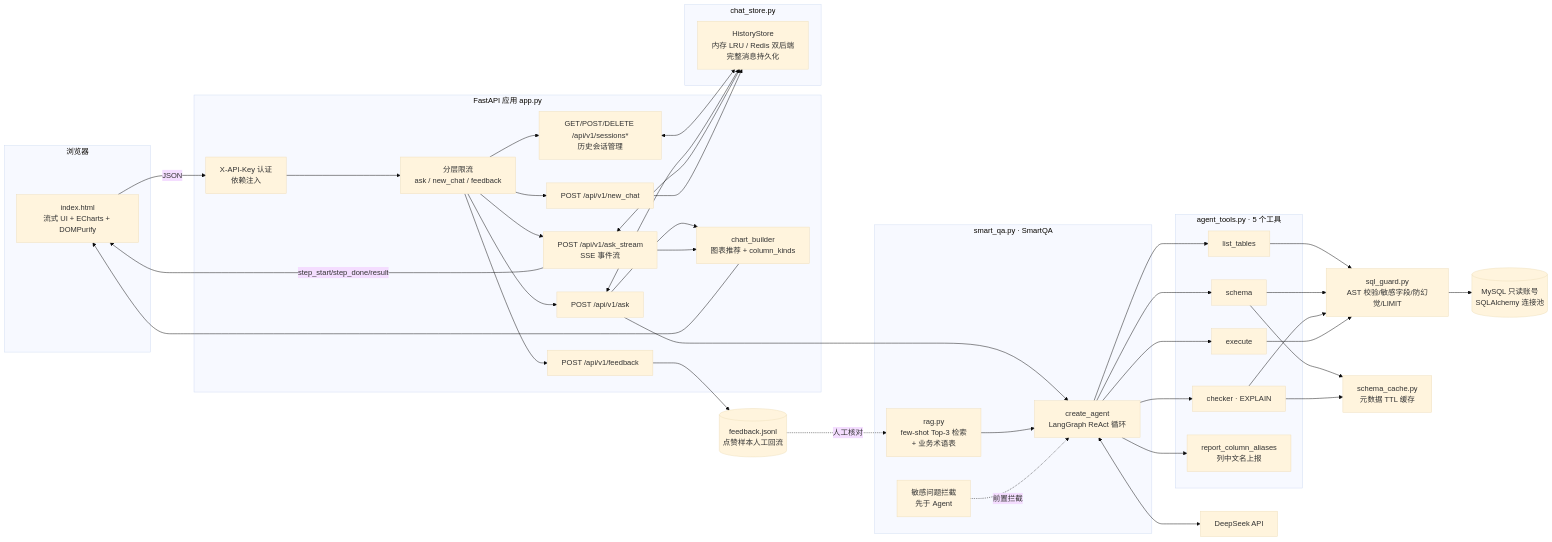
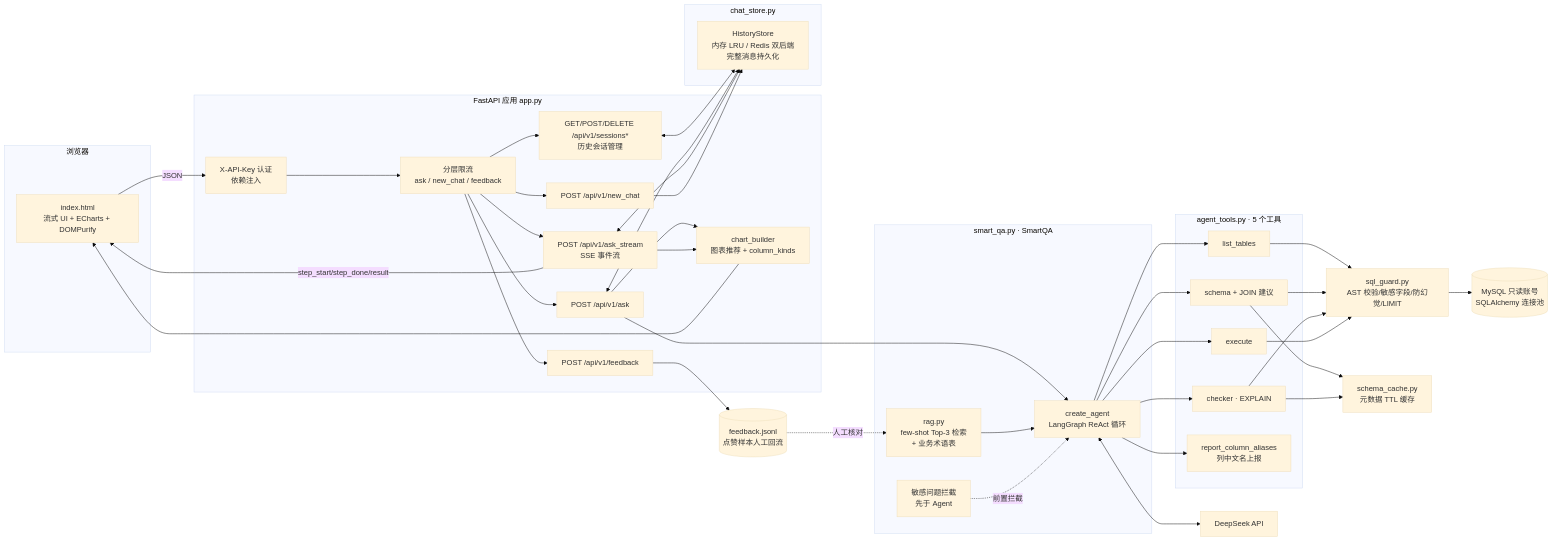
The first of 2 diagrams in README.md (ChongLi-xupt/smart_qa), drawn with Mermaid (base theme) before and after one commit. The commit also changed other lines of this file and 12 other files, not shown here.

````diff
--- a/README.md
+++ b/README.md
@@ -34,53 +35,53 @@
 ```mermaid
 flowchart LR
     subgraph 浏览器
         UI[index.html<br/>流式 UI + ECharts + DOMPurify]
     end
     subgraph FastAPI应用[FastAPI 应用 app.py]
         AUTH[X-API-Key 认证<br/>依赖注入]
         RATE[分层限流<br/>ask / new_chat / feedback]
         API1[POST /api/v1/ask]
         API2[POST /api/v1/ask_stream<br/>SSE 事件流]
         API3[POST /api/v1/new_chat]
         API4[POST /api/v1/feedback]
         API5[GET/POST/DELETE /api/v1/sessions*<br/>历史会话管理]
         CHART[chart_builder<br/>图表推荐 + column_kinds]
     end
     subgraph 会话存储[chat_store.py]
         HIS[HistoryStore<br/>内存 LRU / Redis 双后端<br/>完整消息持久化]
     end
     FB[(feedback.jsonl<br/>点赞样本人工回流)]
     subgraph Agent[smart_qa.py · SmartQA]
         SENS[敏感问题拦截<br/>先于 Agent]
         RAG_[rag.py<br/>few-shot Top-3 检索<br/>+ 业务术语表]
         AGENT[create_agent<br/>LangGraph ReAct 循环]
     end
     subgraph 工具层[agent_tools.py · 5 个工具]
         T1[list_tables]
-        T2[schema]
+        T2[schema + JOIN 建议]
         T3[checker · EXPLAIN]
         T4[execute]
         T5[report_column_aliases<br/>列中文名上报]
     end
     GUARD[sql_guard.py<br/>AST 校验/敏感字段/防幻觉/LIMIT]
     CACHE[schema_cache.py<br/>元数据 TTL 缓存]
     DB[(MySQL 只读账号<br/>SQLAlchemy 连接池)]
     LLM[DeepSeek API]
 
     UI -->|JSON| AUTH --> RATE --> API1 & API2 & API3 & API4 & API5
     API1 --> AGENT
     API2 -->|step_start/step_done/result| UI
     API4 --> FB
     API5 <--> HIS
     FB -.人工核对.-> RAG_
     API1 & API2 <--> HIS
     API3 --> HIS
     RAG_ --> AGENT
     SENS -.前置拦截.-> AGENT
     AGENT <--> LLM
     AGENT --> T1 & T2 & T3 & T4
     AGENT --> T5
     T1 & T2 & T3 & T4 --> GUARD --> DB
     T2 & T3 --> CACHE
     API1 & API2 --> CHART --> UI
 ```
````
